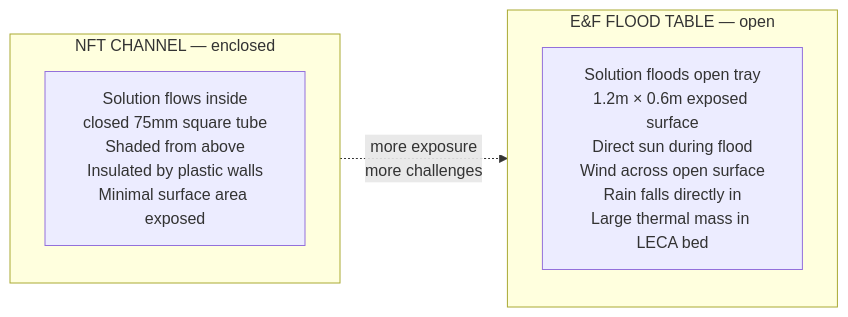
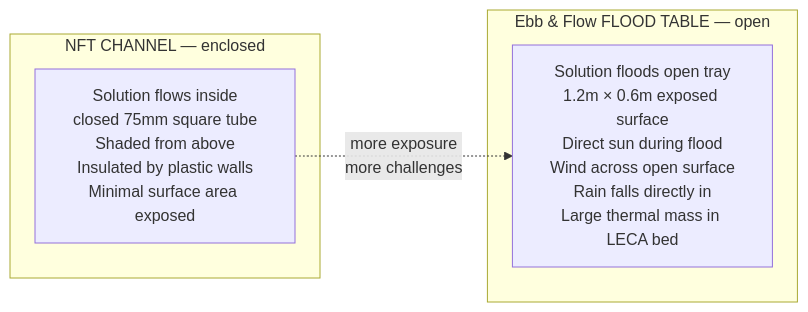
Before and after one commit to UncleJS/guide_hydroponics: the first of 2 diagrams in guide/ebb-and-flow/10-climate-management.md, drawn with Mermaid. The commit also changed 12 other files, not shown here.

````diff
--- a/guide/ebb-and-flow/10-climate-management.md
+++ b/guide/ebb-and-flow/10-climate-management.md
@@ -46,10 +46,10 @@
 ```mermaid
 flowchart LR
     subgraph nft["NFT CHANNEL — enclosed"]
         NC["Solution flows inside<br/>closed 75mm square tube<br/>Shaded from above<br/>Insulated by plastic walls<br/>Minimal surface area exposed"]
     end
-    subgraph ef["E&F FLOOD TABLE — open"]
+    subgraph ef["Ebb &amp; Flow FLOOD TABLE — open"]
         ET["Solution floods open tray<br/>1.2m × 0.6m exposed surface<br/>Direct sun during flood<br/>Wind across open surface<br/>Rain falls directly in<br/>Large thermal mass in LECA bed"]
     end
-    nft -.->|"more exposure<br/>more challenges"| ef
+    NC -.->|"more exposure<br/>more challenges"| ET
 ```
````
